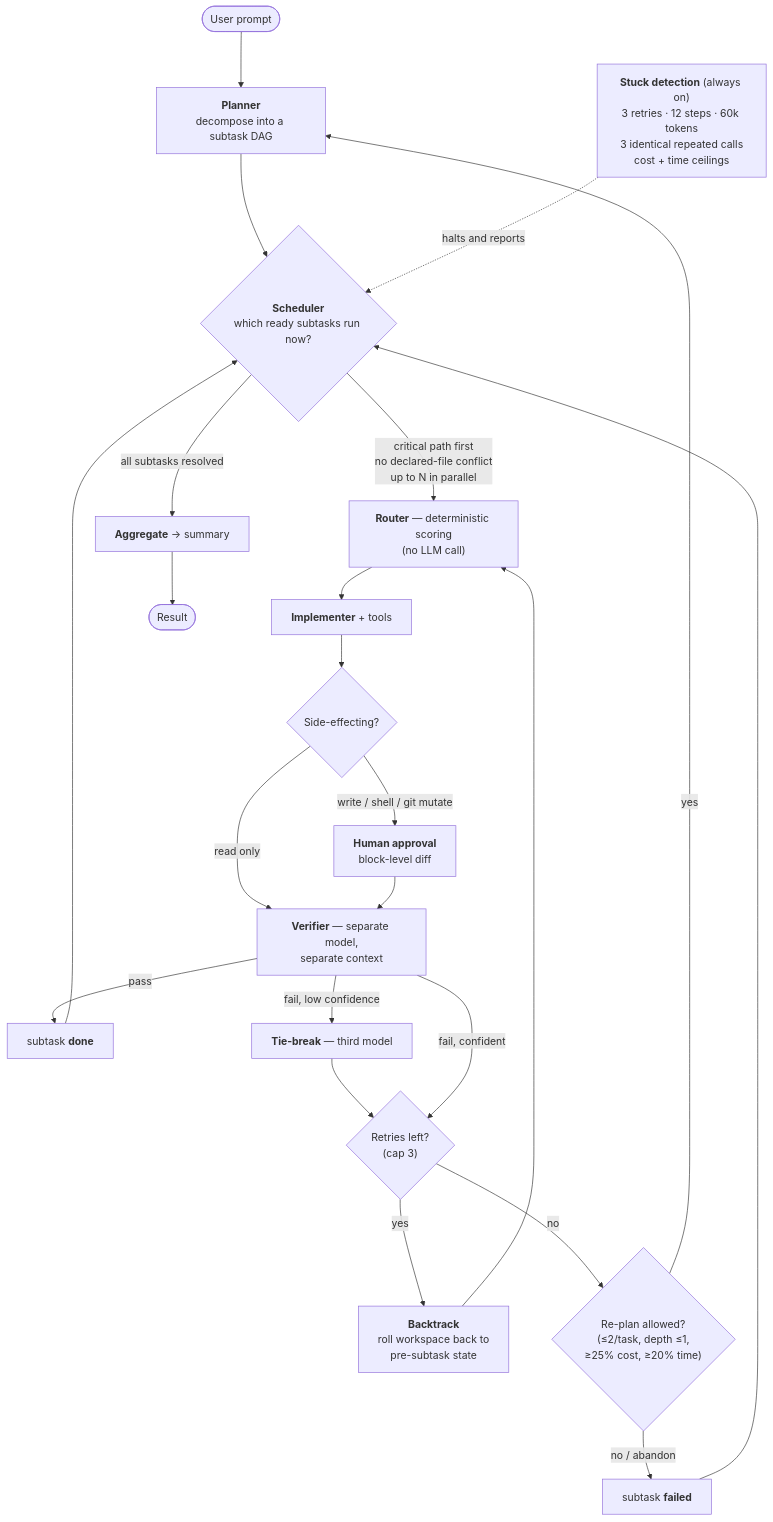
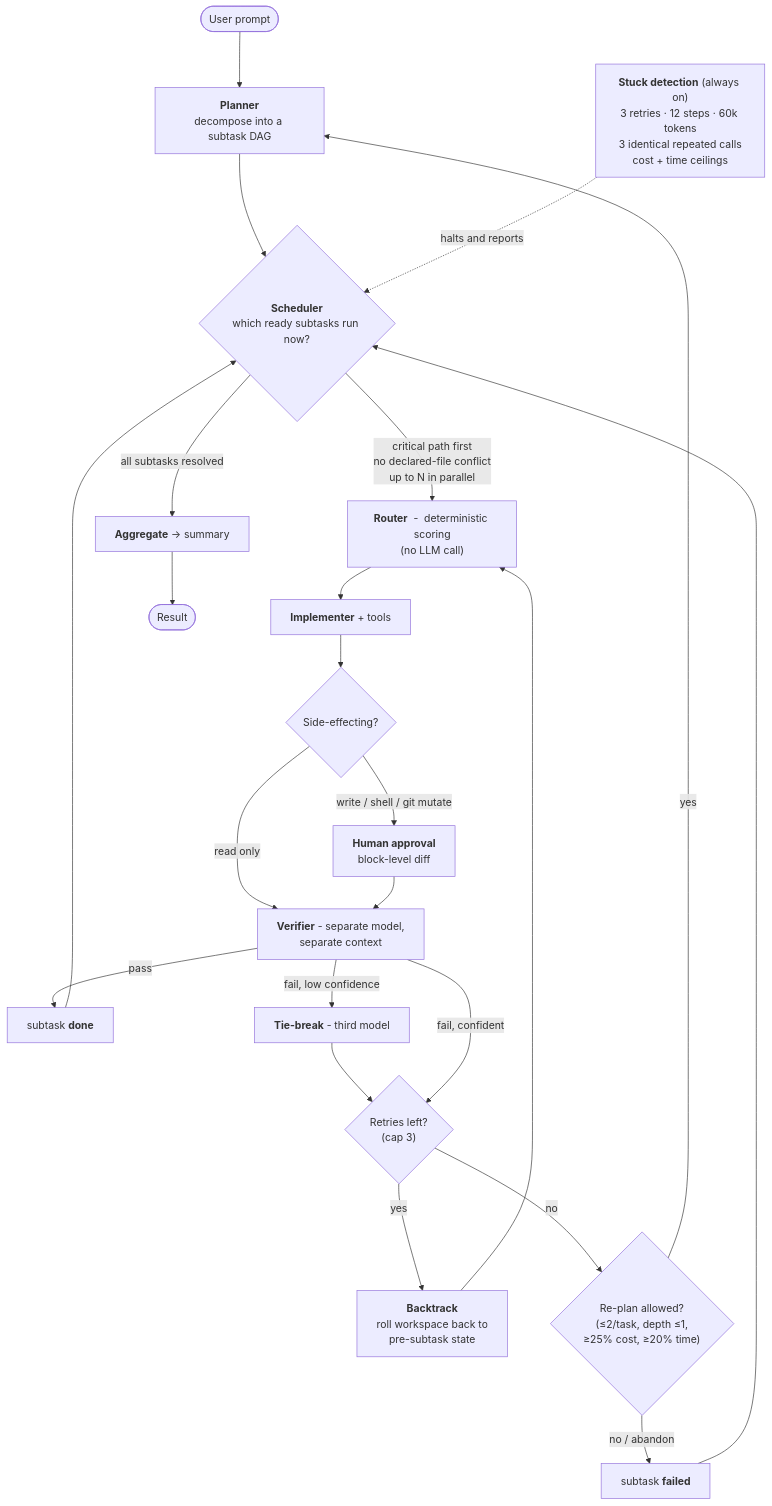
One commit to ShubhgIITK25/Agent-Zero-Takneek changed the second of 4 diagrams in next-electron-ide/README.md. Above: the diagram before and after it, drawn with Mermaid. The commit also changed other lines of this file and 73 other files, not shown here.

````diff
--- a/next-electron-ide/README.md
+++ b/next-electron-ide/README.md
@@ -217,30 +217,30 @@
 ```mermaid
 flowchart TD
   PROMPT([User prompt]) --> PLANNER["<b>Planner</b><br/>decompose into a subtask DAG"]
   PLANNER --> SCHED{"<b>Scheduler</b><br/>which ready subtasks run now?"}
 
-  SCHED -->|"critical path first<br/>no declared-file conflict<br/>up to N in parallel"| ROUTE["<b>Router</b> — deterministic scoring<br/>(no LLM call)"]
+  SCHED -->|"critical path first<br/>no declared-file conflict<br/>up to N in parallel"| ROUTE["<b>Router</b>  -  deterministic scoring<br/>(no LLM call)"]
   ROUTE --> IMPL["<b>Implementer</b> + tools"]
   IMPL --> SIDE{"Side-effecting?"}
   SIDE -->|"write / shell / git mutate"| HITL["<b>Human approval</b><br/>block-level diff"]
   SIDE -->|"read only"| VERIFY
-  HITL --> VERIFY["<b>Verifier</b> — separate model,<br/>separate context"]
+  HITL --> VERIFY["<b>Verifier</b>  -  separate model,<br/>separate context"]
 
   VERIFY -->|pass| DONE["subtask <b>done</b>"]
-  VERIFY -->|"fail, low confidence"| TIE["<b>Tie-break</b> — third model"]
+  VERIFY -->|"fail, low confidence"| TIE["<b>Tie-break</b>  -  third model"]
   TIE --> RETRYQ
   VERIFY -->|"fail, confident"| RETRYQ{"Retries left?<br/>(cap 3)"}
 
   RETRYQ -->|yes| ROLL["<b>Backtrack</b><br/>roll workspace back to<br/>pre-subtask state"]
   ROLL --> ROUTE
   RETRYQ -->|no| REPLANQ{"Re-plan allowed?<br/>(≤2/task, depth ≤1,<br/>≥25% cost, ≥20% time)"}
   REPLANQ -->|yes| PLANNER
   REPLANQ -->|"no / abandon"| FAILED["subtask <b>failed</b>"]
 
   DONE --> SCHED
   FAILED --> SCHED
   SCHED -->|"all subtasks resolved"| AGG["<b>Aggregate</b> → summary"]
   AGG --> OUT([Result])
 
   CAPS["<b>Stuck detection</b> (always on)<br/>3 retries · 12 steps · 60k tokens<br/>3 identical repeated calls<br/>cost + time ceilings"] -.->|"halts and reports"| SCHED
 ```
````
